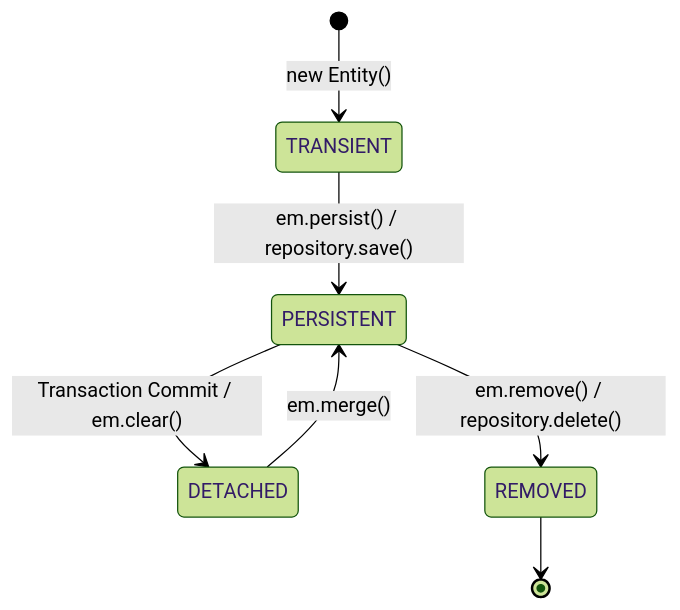
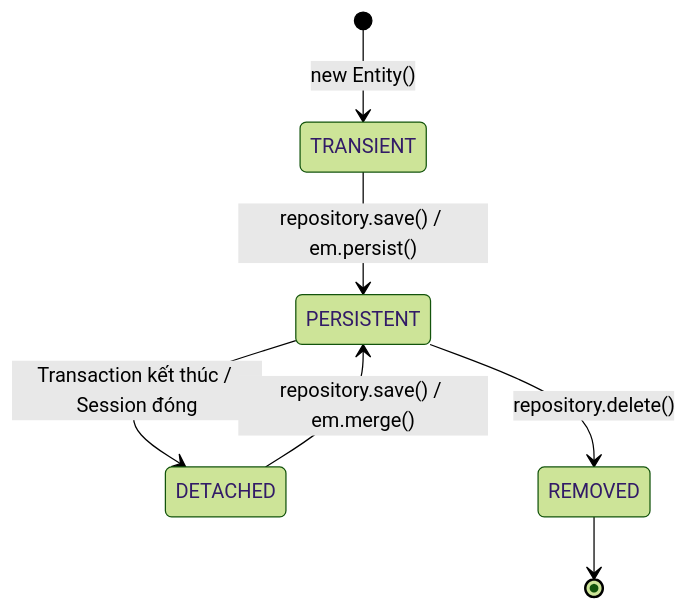
Before and after one commit to dducsw/mini-digital-wallet: the second of 5 diagrams in docs/concepts/spring-boot-base.md, drawn with Mermaid (forest theme). The commit also changed other lines of this file and 147 other files, not shown here.

````diff
--- a/docs/concepts/spring-boot-base.md
+++ b/docs/concepts/spring-boot-base.md
@@ -107,9 +111,9 @@
 ```mermaid
 stateDiagram-v2
     [*] --> TRANSIENT: new Entity()
-    TRANSIENT --> PERSISTENT: em.persist() / repository.save()
-    PERSISTENT --> DETACHED: Transaction Commit / em.clear()
-    DETACHED --> PERSISTENT: em.merge()
-    PERSISTENT --> REMOVED: em.remove() / repository.delete()
+    TRANSIENT --> PERSISTENT: repository.save() / em.persist()
+    PERSISTENT --> DETACHED: Transaction kết thúc / Session đóng
+    DETACHED --> PERSISTENT: repository.save() / em.merge()
+    PERSISTENT --> REMOVED: repository.delete()
     REMOVED --> [*]
 ```
````
